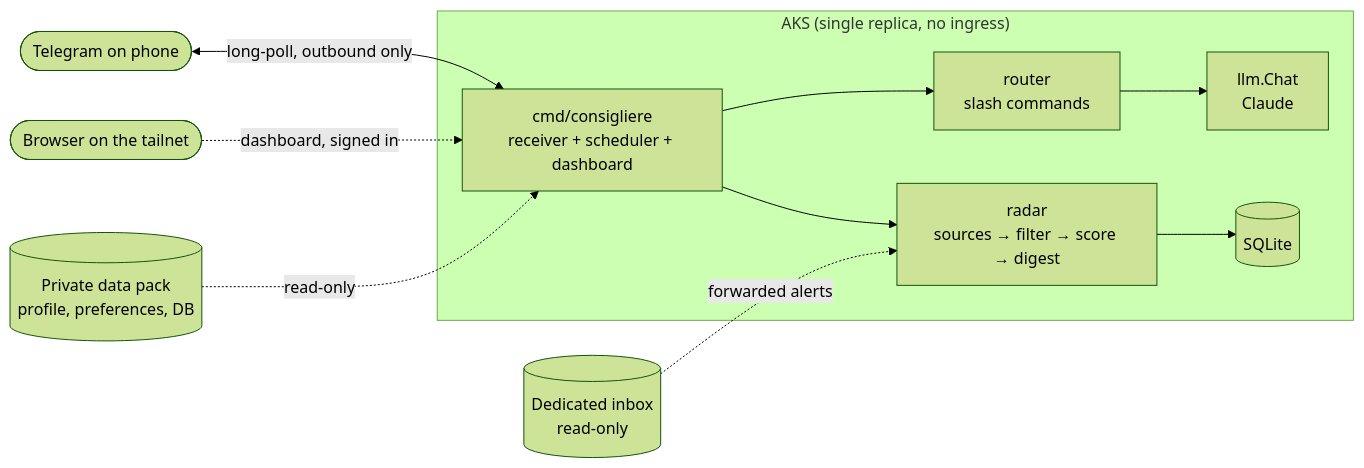
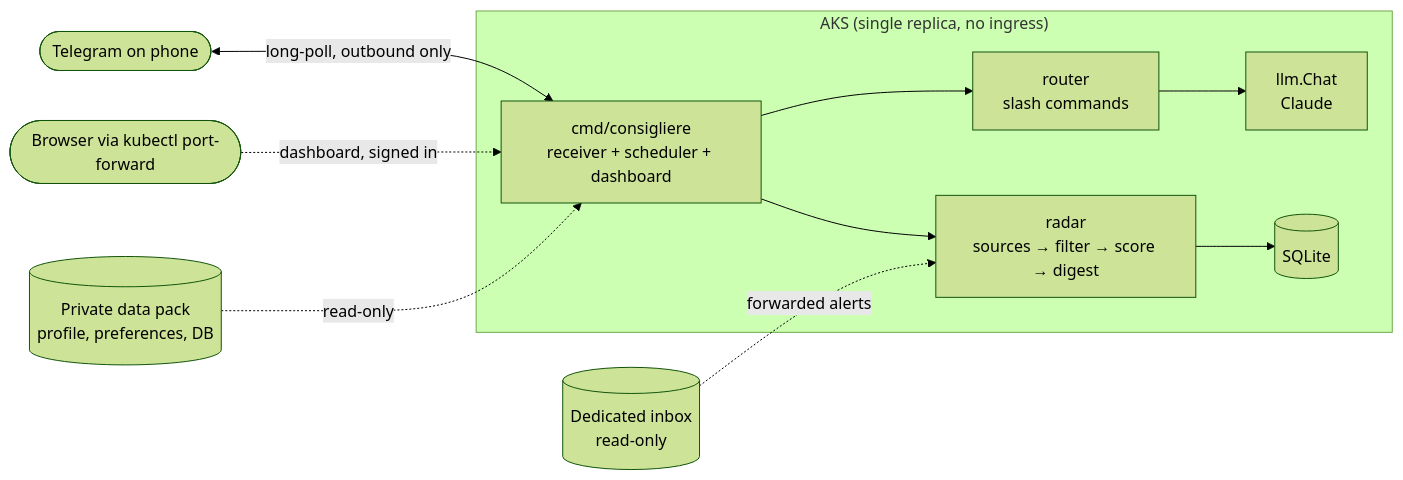
The diagram in README.md (ahpalmer/Consigliere), drawn with Mermaid (forest theme) before and after one commit. The commit also changed other lines of this file and 31 other files, not shown here.

````diff
--- a/README.md
+++ b/README.md
@@ -7,14 +7,14 @@
 ```mermaid
 flowchart LR
     phone([Telegram on phone]) <-- long-poll, outbound only --> host
-    browser([Browser on the tailnet]) -. dashboard, signed in .-> host
+    browser([Browser via kubectl port-forward]) -. dashboard, signed in .-> host
     subgraph AKS["AKS (single replica, no ingress)"]
         host[cmd/consigliere<br/>receiver + scheduler + dashboard]
         host --> router[router<br/>slash commands]
         router --> chat[llm.Chat<br/>Claude]
         host --> radar[radar<br/>sources → filter → score → digest]
         radar --> db[(SQLite)]
     end
     pack[(Private data pack<br/>profile, preferences, DB)] -. read-only .-> host
     inbox[(Dedicated inbox<br/>read-only)] -. forwarded alerts .-> radar
 ```
````
